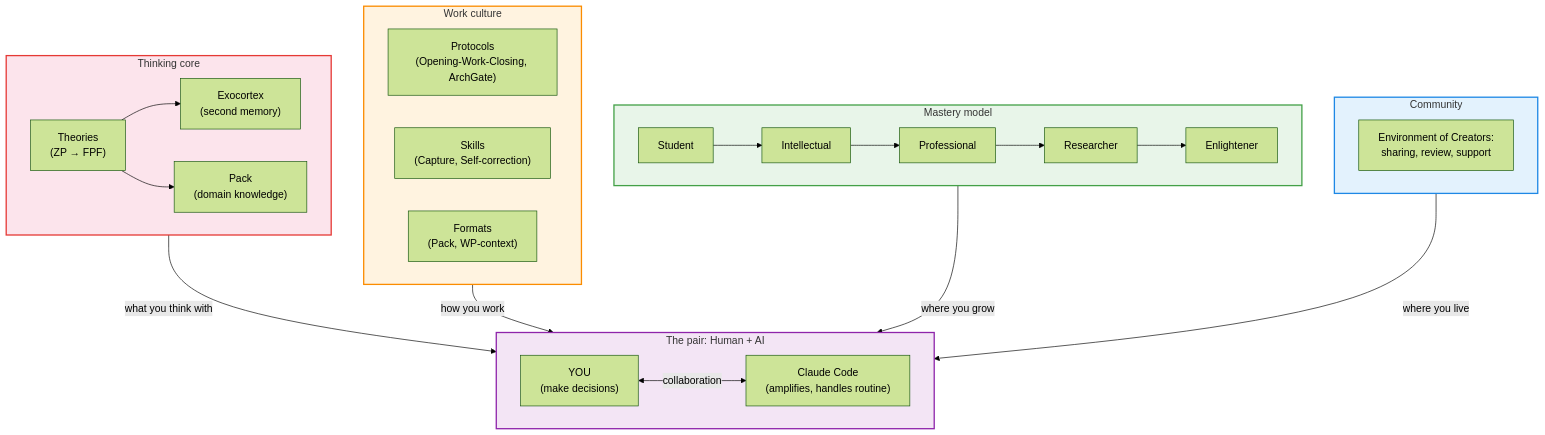
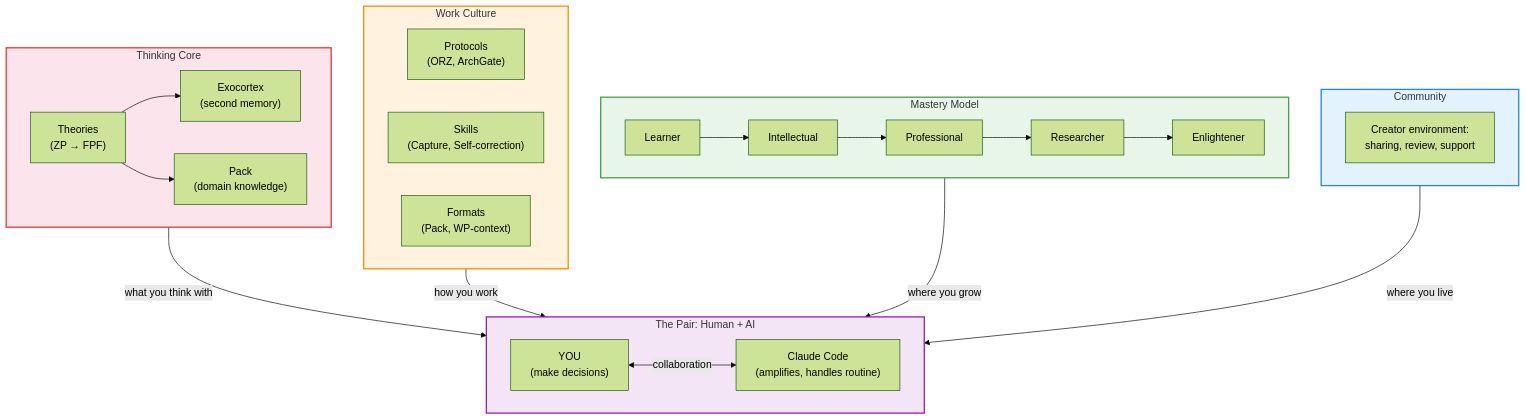
The second of 3 diagrams in docs/onboarding/onboarding-guide.md (iwesys/IWE), drawn with Mermaid (forest theme) before and after one commit. The commit also changed other lines of this file and 6 other files, not shown here.

````diff
--- a/docs/onboarding/onboarding-guide.md
+++ b/docs/onboarding/onboarding-guide.md
@@ -222,44 +222,44 @@
 ```mermaid
 graph TB
-    subgraph core["Thinking core"]
+    subgraph core["Thinking Core"]
         direction LR
         ZP["Theories\n(ZP → FPF)"]
         EXO["Exocortex\n(second memory)"]
         PACK["Pack\n(domain knowledge)"]
         ZP --> EXO
         ZP --> PACK
     end
 
-    subgraph culture["Work culture"]
+    subgraph culture["Work Culture"]
         direction LR
-        PROTOCOLS["Protocols\n(Opening-Work-Closing, ArchGate)"]
+        PROTOCOLS["Protocols\n(ORZ, ArchGate)"]
         SKILLS["Skills\n(Capture, Self-correction)"]
         FORMATS["Formats\n(Pack, WP-context)"]
     end
 
-    subgraph mastery["Mastery model"]
-        M1["Student"] --> M2["Intellectual"] --> M3["Professional"] --> M4["Researcher"] --> M5["Enlightener"]
+    subgraph mastery["Mastery Model"]
+        M1["Learner"] --> M2["Intellectual"] --> M3["Professional"] --> M4["Researcher"] --> M5["Enlightener"]
     end
 
     subgraph community["Community"]
-        COMM["Environment of Creators:\nsharing, review, support"]
+        COMM["Creator environment:\nsharing, review, support"]
     end
 
-    subgraph pair["The pair: Human + AI"]
+    subgraph pair["The Pair: Human + AI"]
         direction LR
         USER["YOU\n(make decisions)"]
         AI["Claude Code\n(amplifies, handles routine)"]
         USER <-->|"collaboration"| AI
     end
 
     core -->|"what you think with"| pair
     culture -->|"how you work"| pair
     mastery -->|"where you grow"| pair
     community -->|"where you live"| pair
 
     style core fill:#fce4ec,stroke:#e53935,stroke-width:2px
     style culture fill:#fff3e0,stroke:#fb8c00,stroke-width:2px
     style mastery fill:#e8f5e9,stroke:#43a047,stroke-width:2px
     style community fill:#e3f2fd,stroke:#1e88e5,stroke-width:2px
     style pair fill:#f3e5f5,stroke:#8e24aa,stroke-width:2px
 ```
````
